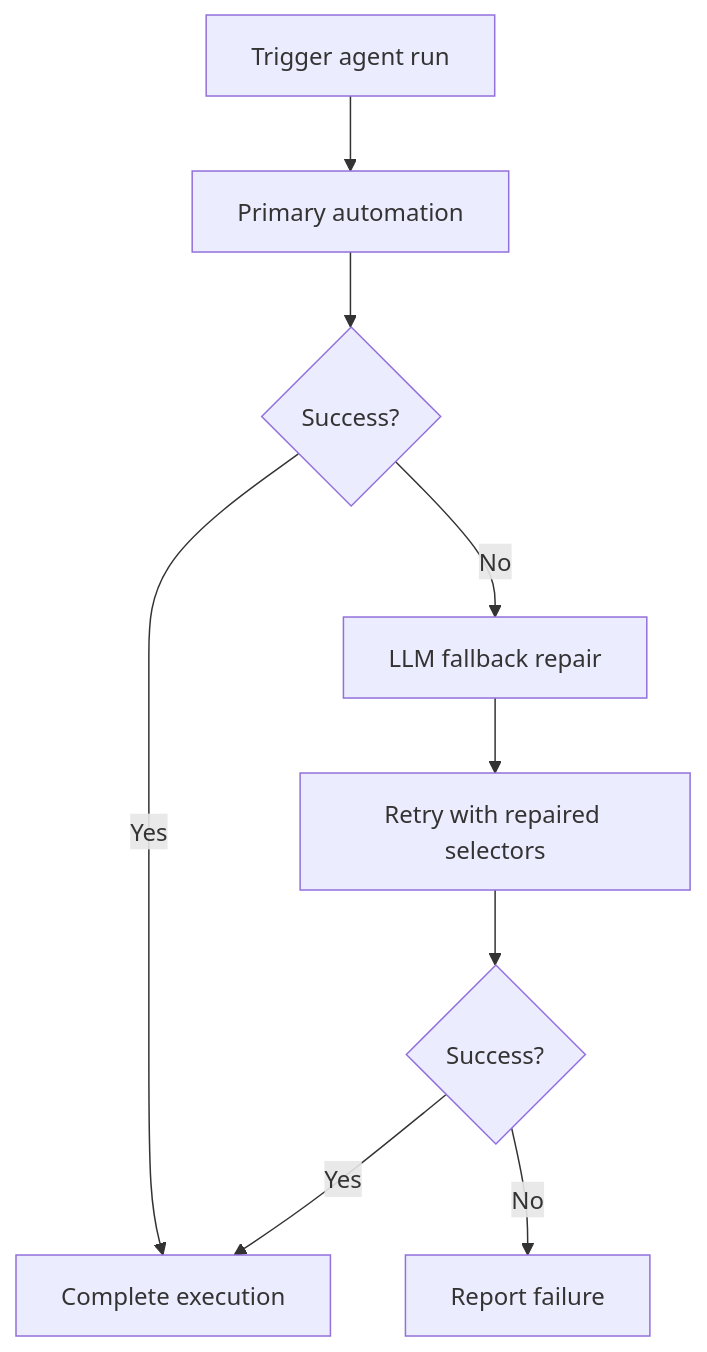
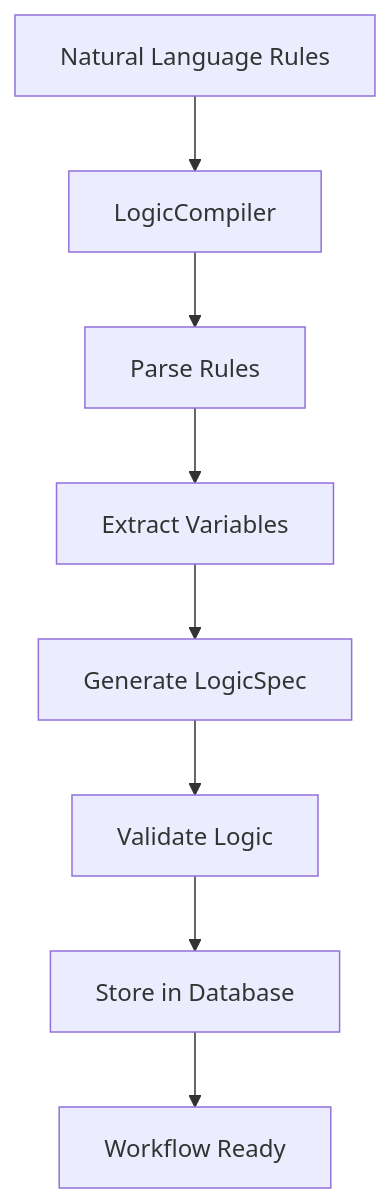
Before and after one commit to richvergo/subtract: the eighth of 11 diagrams in ARCHITECTURE.md, drawn with Mermaid. The commit also changed other lines of this file and 148 other files, not shown here.

````diff
--- a/ARCHITECTURE.md
+++ b/ARCHITECTURE.md
@@ -100,11 +345,10 @@
 ```mermaid
 graph TD
-    A[Trigger agent run] --> B[Primary automation]
-    B --> C{Success?}
-    C -->|Yes| D[Complete execution]
-    C -->|No| E[LLM fallback repair]
-    E --> F[Retry with repaired selectors]
-    F --> G{Success?}
-    G -->|Yes| D
-    G -->|No| H[Report failure]
+    A[Natural Language Rules] --> B[LogicCompiler]
+    B --> C[Parse Rules]
+    C --> D[Extract Variables]
+    D --> E[Generate LogicSpec]
+    E --> F[Validate Logic]
+    F --> G[Store in Database]
+    G --> H[Workflow Ready]
 ```
````
